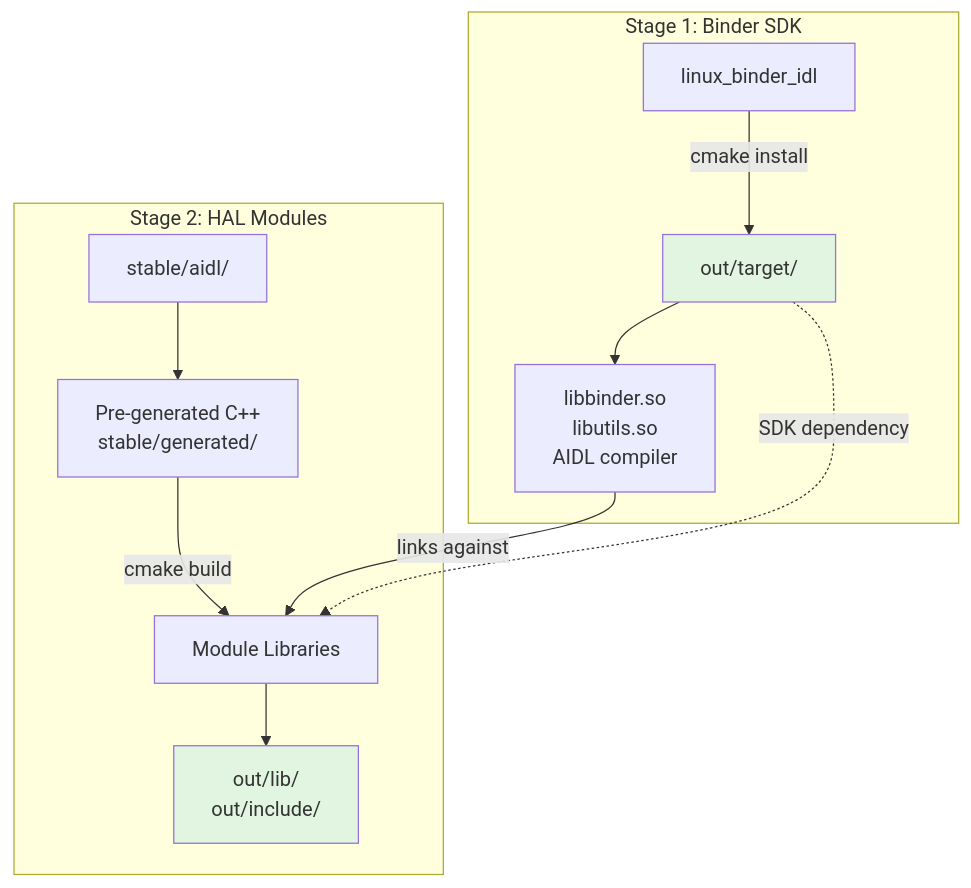
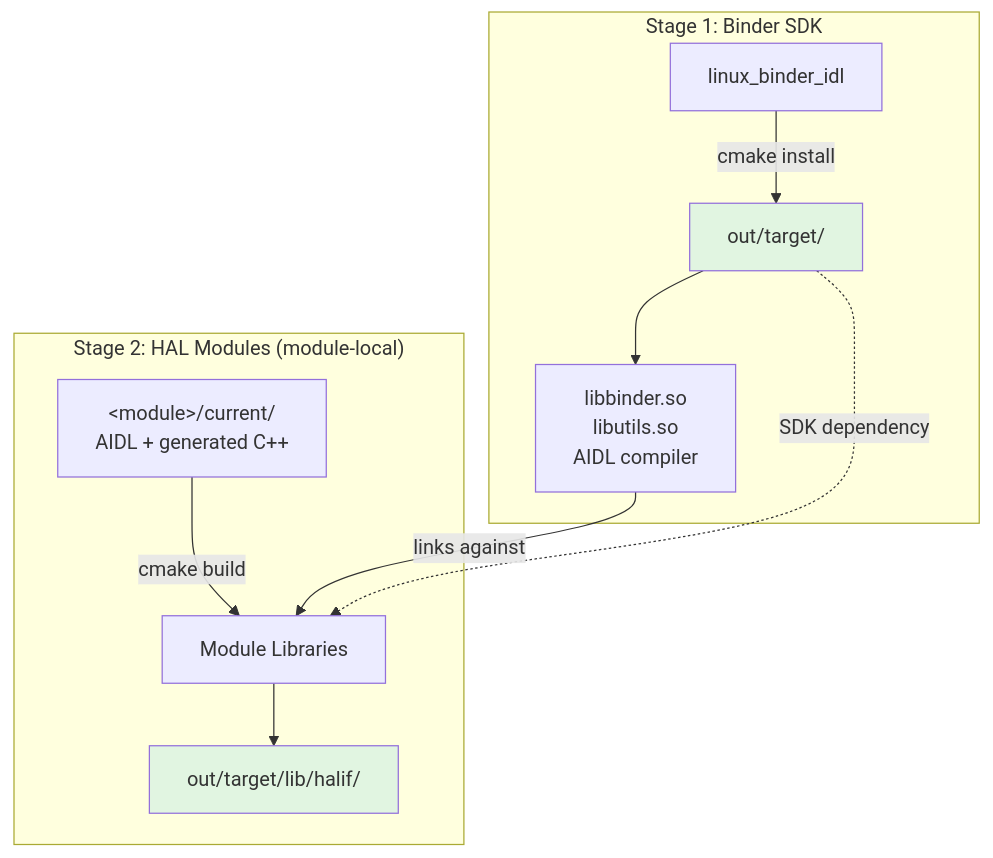
One commit to rdkcentral/rdk-halif-aidl changed the diagram in README.md. Above: the diagram before and after it, drawn with Mermaid. The commit also changed other lines of this file, not shown here.

First line of the commit message:
docs(#493): update README for the module-local / release structure

````diff
--- a/README.md
+++ b/README.md
@@ -16,19 +16,18 @@
 ```mermaid
 graph TB
     subgraph "Stage 1: Binder SDK"
         A[linux_binder_idl] -->|cmake install| B[out/target/]
         B --> C[libbinder.so<br/>libutils.so<br/>AIDL compiler]
     end
 
-    subgraph "Stage 2: HAL Modules"
-        D[stable/aidl/] --> E[Pre-generated C++<br/>stable/generated/]
-        E -->|cmake build| F[Module Libraries]
+    subgraph "Stage 2: HAL Modules (module-local)"
+        D["&lt;module&gt;/current/<br/>AIDL + generated C++"] -->|cmake build| F[Module Libraries]
         C -->|links against| F
-        F --> G[out/lib/<br/>out/include/]
+        F --> G[out/target/lib/halif/]
     end
 
     B -.->|SDK dependency| F
 
     style B fill:#e1f5e1
     style G fill:#e1f5e1
 ```
````
